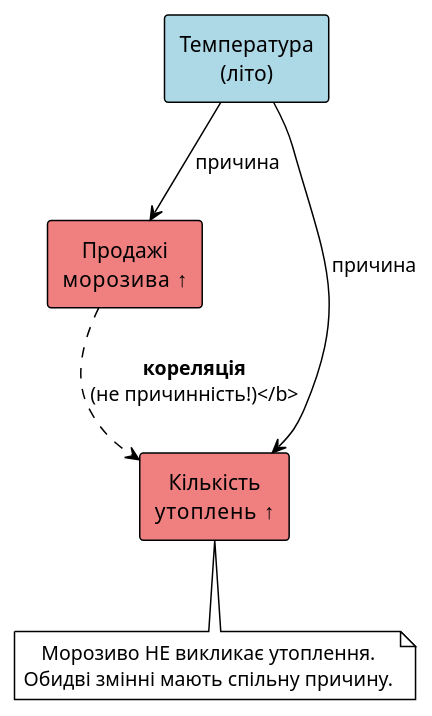
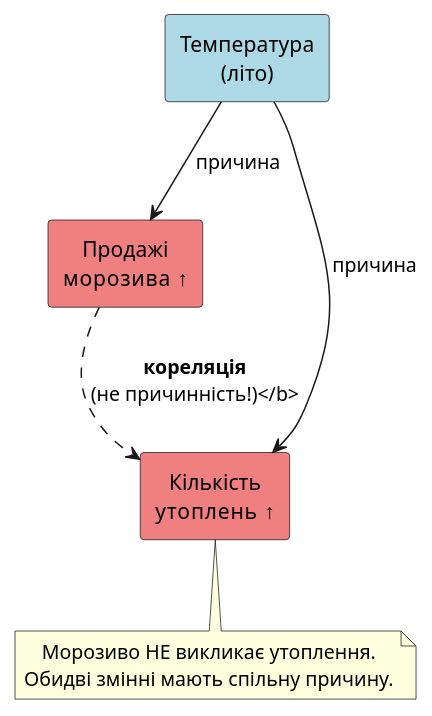
The second of 2 diagrams in content/16.ai-python/04.statistics-basics/05.correlation.md (arakviel/kostyl.dev), drawn with PlantUML before and after one commit. The commit also changed other lines of this file and 6 other files, not shown here.

````diff
--- a/content/16.ai-python/04.statistics-basics/05.correlation.md
+++ b/content/16.ai-python/04.statistics-basics/05.correlation.md
@@ -565,19 +571,22 @@
+```plantuml
 @startuml
-!theme plain
+skinparam style plain
+skinparam backgroundColor #FFFFFF
 skinparam defaultTextAlignment center
 
 rectangle "Температура\n(літо)" as temp #LightBlue
 
 rectangle "Продажі\nморозива ↑" as ice #LightCoral
 rectangle "Кількість\nутоплень ↑" as drown #LightCoral
 
 temp -down-> ice : причина
 temp -down-> drown : причина
 
-ice -[dashed]-> drown : <b>кореляція\n(не причинність!)</b>
+ice ..> drown : <b>кореляція\n(не причинність!)</b>
 
 note bottom of drown
   Морозиво НЕ викликає утоплення.
   Обидві змінні мають спільну причину.
 end note
 @enduml
+```
````
